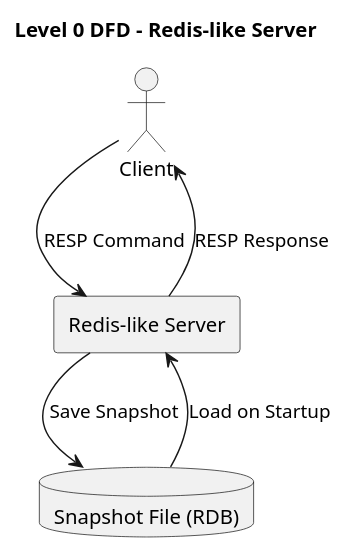
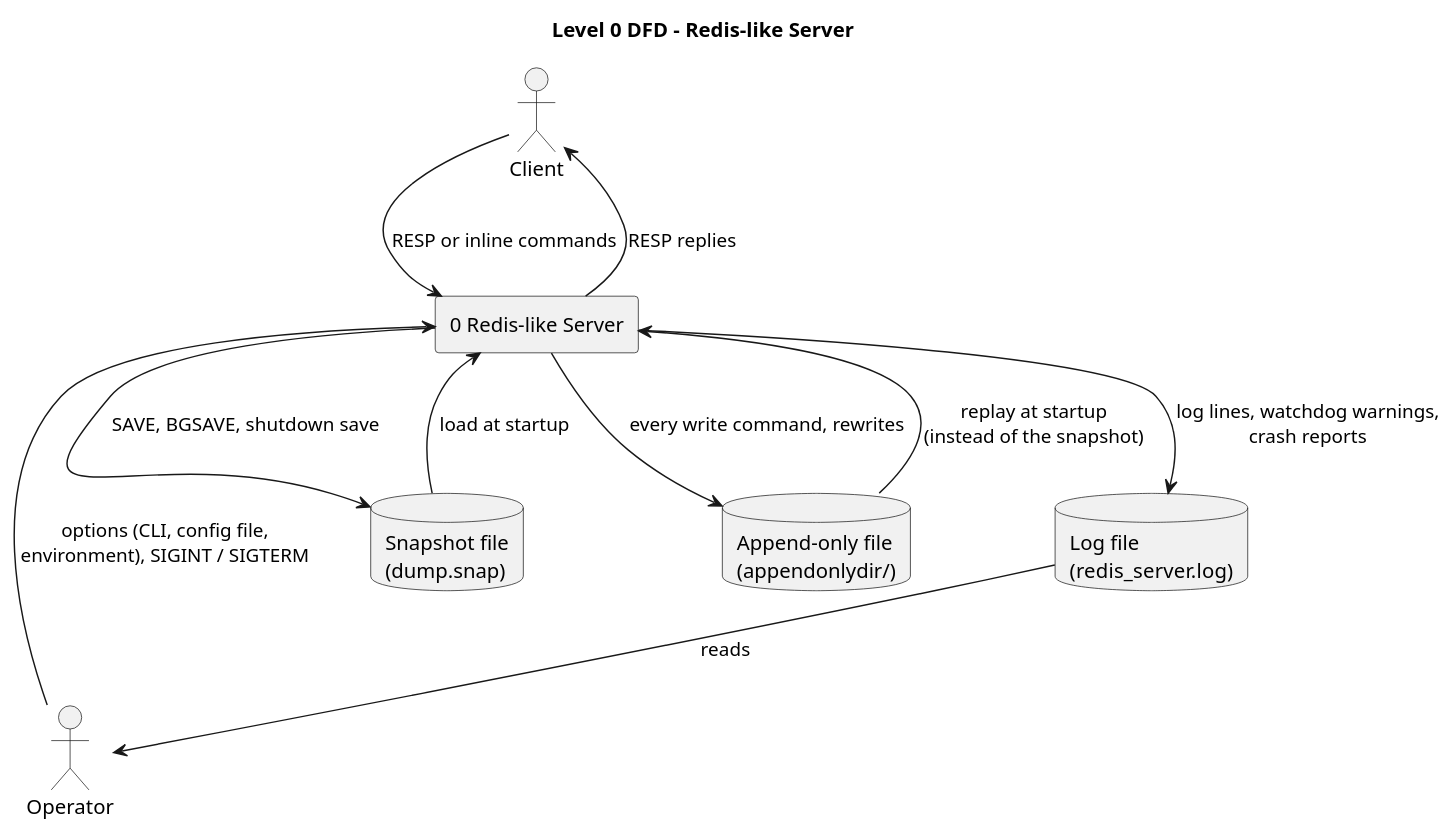
One commit to sleepyviper1213/redis changed the diagram in docs/analysis/diagrams/dfd_context.puml. Above: the diagram before and after it, drawn with PlantUML. The commit also changed 14 other files, not shown here.

Commit message:
[docs] spec: SRS revision 4, diagrams matching the code

```diff
--- a/docs/analysis/diagrams/dfd_context.puml
+++ b/docs/analysis/diagrams/dfd_context.puml
@@ -1,22 +1,27 @@
 @startuml
-' Context-Level DFD for Redis-like Server
+' Context-level DFD for the Redis-like server
 
 title Level 0 DFD - Redis-like Server
 
-' External Entities
 actor "Client" as Client
+actor "Operator" as Operator
 
-' Process
-rectangle "Redis-like Server" as Server
+rectangle "0 Redis-like Server" as Server
 
-' Data Stores
-database "Snapshot File (RDB)" as Snapshot
+database "Snapshot file\n(dump.snap)" as Snapshot
+database "Append-only file\n(appendonlydir/)" as Aof
+database "Log file\n(redis_server.log)" as Log
 
-' Data Flows
-Client --> Server : RESP Command
-Server --> Client : RESP Response
+Client --> Server : RESP or inline commands
+Server --> Client : RESP replies
 
-Server --> Snapshot : Save Snapshot
-Snapshot --> Server : Load on Startup
+Operator --> Server : options (CLI, config file,\nenvironment), SIGINT / SIGTERM
+Server --> Log : log lines, watchdog warnings,\ncrash reports
+Log --> Operator : reads
+
+Server --> Snapshot : SAVE, BGSAVE, shutdown save
+Snapshot --> Server : load at startup
+Server --> Aof : every write command, rewrites
+Aof --> Server : replay at startup\n(instead of the snapshot)
 
 @enduml
```
